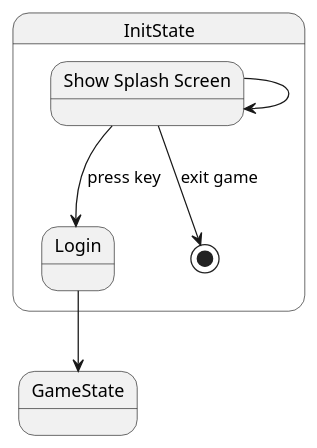
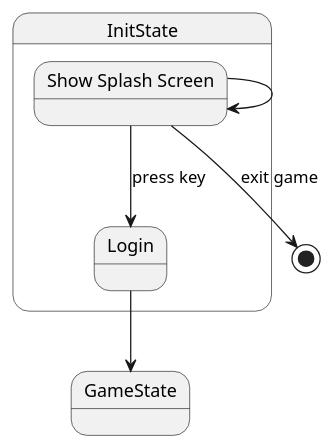
The diagram in en/init-state.md (asrob-uc3m/robotDevastation-developer-manual), drawn with PlantUML before and after one commit.

Commit message:
Updates en/init-state.md
Auto commit by GitBook Editor

```diff
--- a/en/init-state.md
+++ b/en/init-state.md
@@ -5,10 +5,12 @@
 {% plantuml %}
 state GameState
 state InitState {
 state "Show Splash Screen" as ShowSplashScreen
 ShowSplashScreen --> ShowSplashScreen
 ShowSplashScreen --> Login : press key
-ShowSplashScreen --> [*] : exit game
+
 Login --> GameState
 }
+ShowSplashScreen --> [*] : exit game
+
 {% endplantuml %}
```
